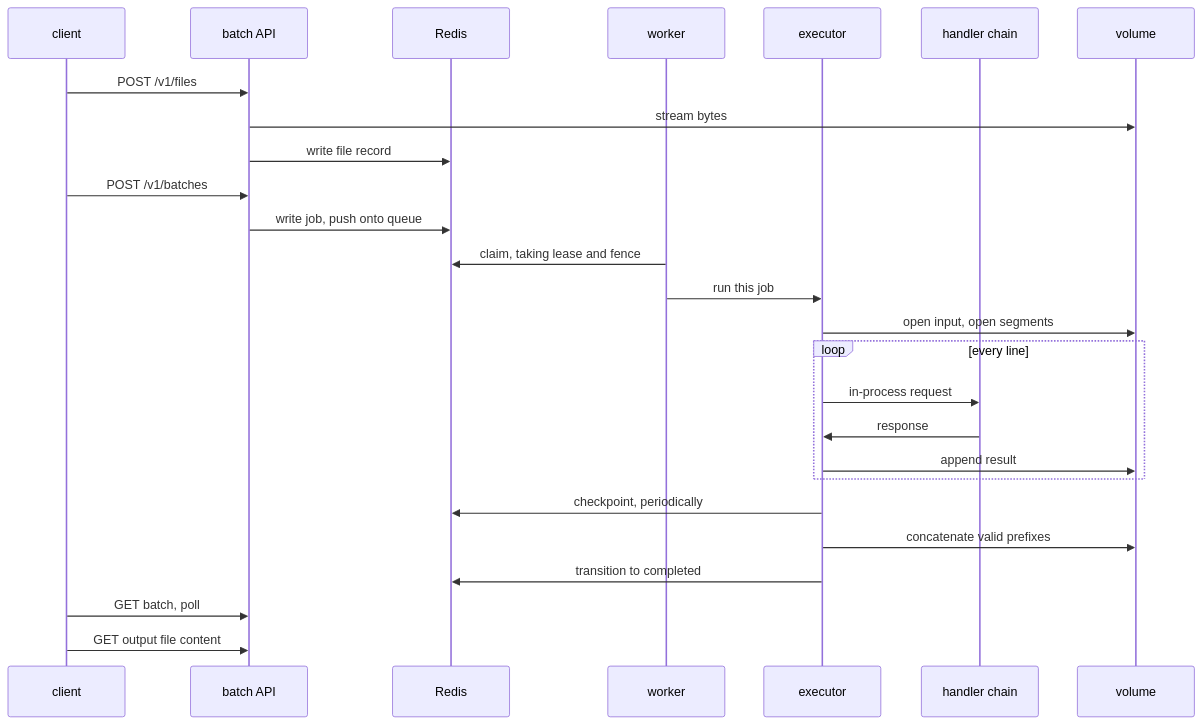
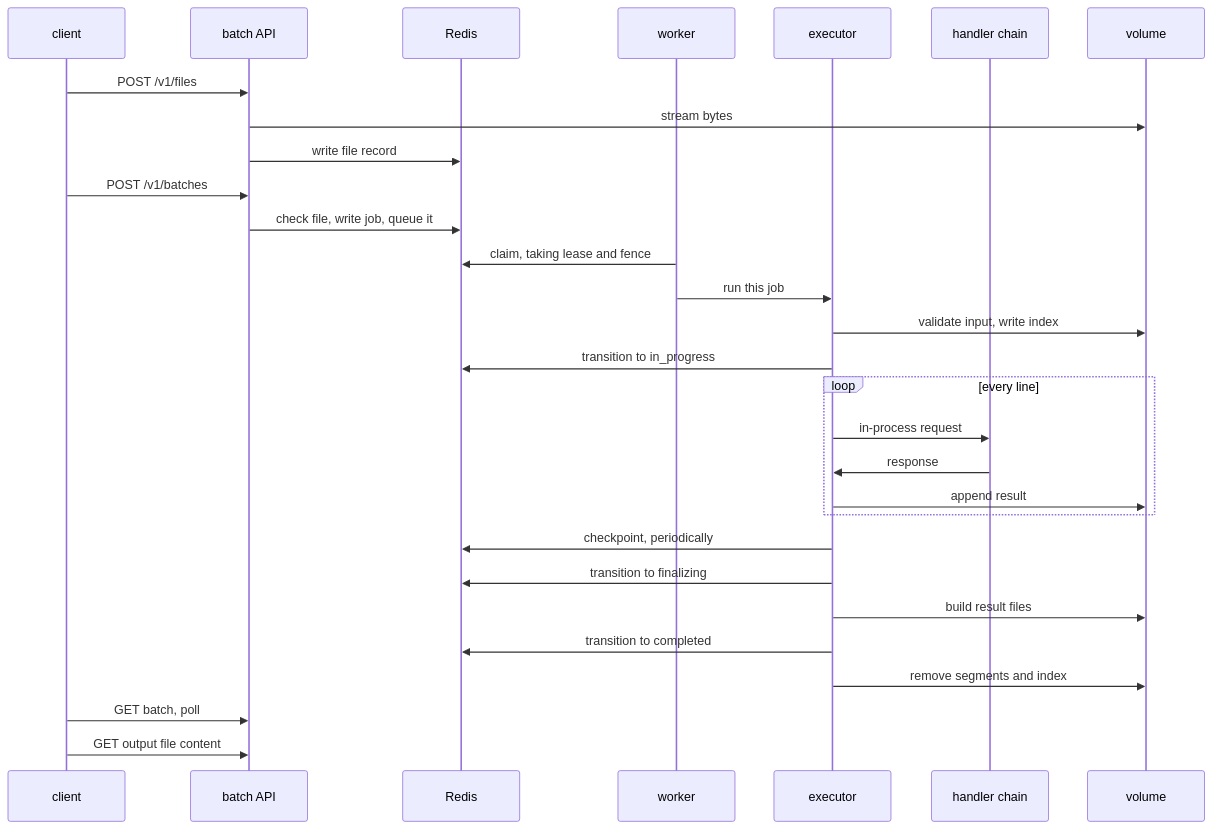
One commit to volcano-sh/kthena changed the second of 3 diagrams in docs/proposal/kthena-router-batch-api.md. Above: the diagram before and after it, drawn with Mermaid. The commit also changed other lines of this file, not shown here.

Commit message:
docs: cover the open review points in the batch proposal

````diff
--- a/docs/proposal/kthena-router-batch-api.md
+++ b/docs/proposal/kthena-router-batch-api.md
@@ -244,29 +282,32 @@
 ```mermaid
 sequenceDiagram
     participant C as client
     participant A as batch API
     participant R as Redis
     participant W as worker
     participant X as executor
     participant H as handler chain
     participant V as volume
 
     C->>A: POST /v1/files
     A->>V: stream bytes
     A->>R: write file record
     C->>A: POST /v1/batches
-    A->>R: write job, push onto queue
+    A->>R: check file, write job, queue it
     W->>R: claim, taking lease and fence
     W->>X: run this job
-    X->>V: open input, open segments
+    X->>V: validate input, write index
+    X->>R: transition to in_progress
     loop every line
         X->>H: in-process request
         H->>X: response
         X->>V: append result
     end
     X->>R: checkpoint, periodically
-    X->>V: concatenate valid prefixes
+    X->>R: transition to finalizing
+    X->>V: build result files
     X->>R: transition to completed
+    X->>V: remove segments and index
     C->>A: GET batch, poll
     C->>A: GET output file content
 ```
````
